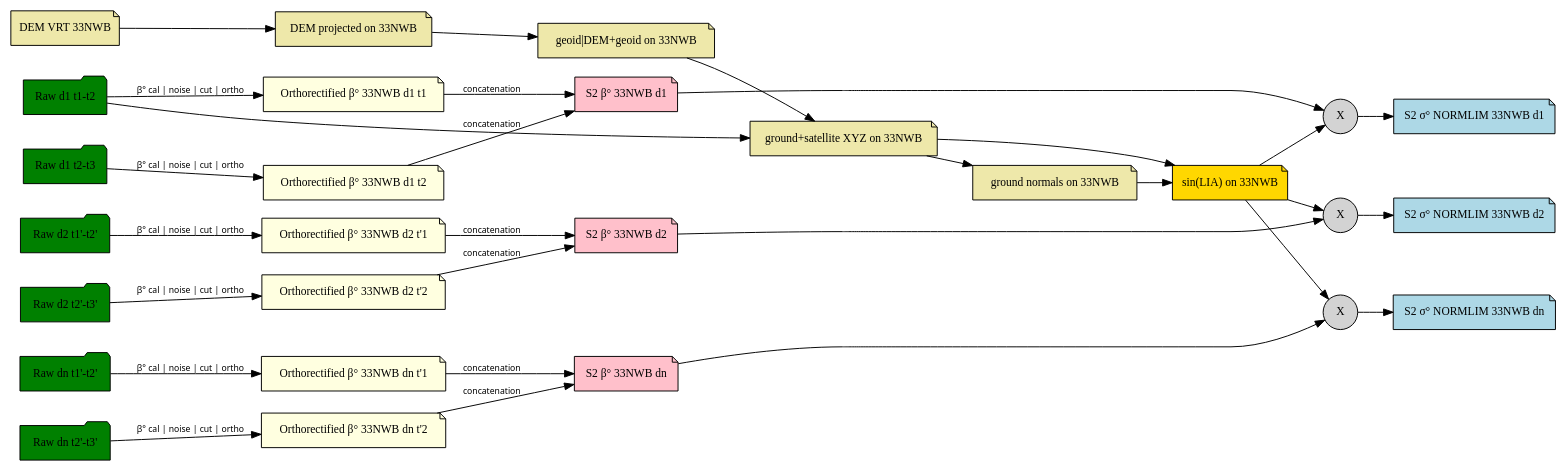
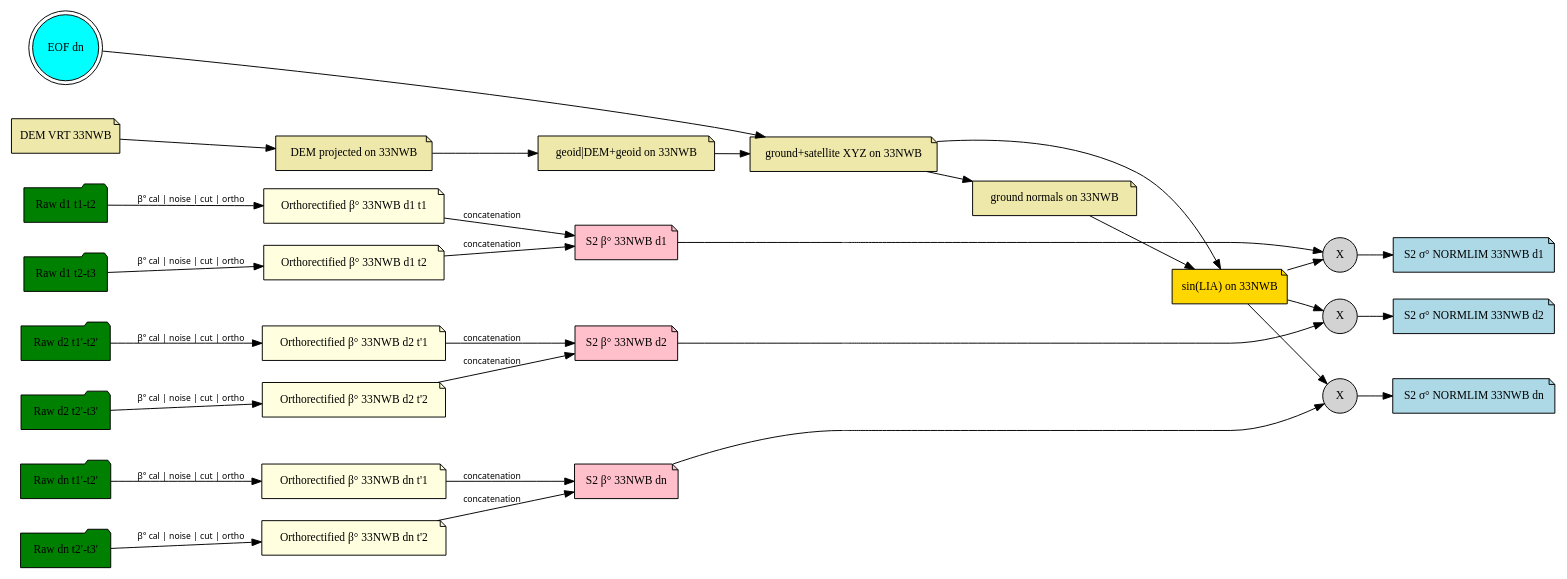
The first of 2 diagrams in docs/dataflow-normlim.rst (CNES/S1Tiling), drawn with Graphviz before and after one commit. The commit also changed other lines of this file and 6 other files, not shown here.

```diff
--- a/docs/dataflow-normlim.rst
+++ b/docs/dataflow-normlim.rst
@@ -96,6 +94,8 @@
 
          raw_dn_t1t2 [label="Raw dn t1'-t2'", href="files.html#inputs", shape="folder", fillcolor=green]
          raw_dn_t2t3 [label="Raw dn t2'-t3'", href="files.html#inputs", shape="folder", fillcolor=green]
+
+         eof_dx      [label="EOF dn",         href="files.html#eof",    shape="doublecircle", fillcolor=cyan]
 
          # =====[ Classic workflow
          # β° calibrated + orthorectified nodes
@@ -151,8 +151,8 @@
          vrt_nwb       -> DEM_on_S2;
          DEM_on_S2     -> heights_on_S2;
 
+         eof_dx        -> xyz_d1_t1;
          heights_on_S2 -> xyz_d1_t1;
-         raw_d1_t1t2   -> xyz_d1_t1;
          xyz_d1_t1     -> normals_on_S2;
          normals_on_S2 -> nwb_lia;
          xyz_d1_t1     -> nwb_lia;
@@ -171,9 +171,9 @@
          # =====[ Align
          {
              rank = same ;
-             vrt_nwb raw_d1_t1t2 raw_d1_t2t3 raw_d2_t1t2 raw_d2_t2t3 raw_dn_t1t2 raw_dn_t2t3
+             vrt_nwb raw_d1_t1t2 raw_d1_t2t3 raw_d2_t1t2 raw_d2_t2t3 raw_dn_t1t2 raw_dn_t2t3 eof_dx
              edge[ style=invis];
-             vrt_nwb -> raw_d1_t1t2 -> raw_d1_t2t3 -> raw_d2_t1t2 -> raw_d2_t2t3 -> raw_dn_t1t2 -> raw_dn_t2t3
+             eof_dx -> vrt_nwb -> raw_d1_t1t2 -> raw_d1_t2t3 -> raw_d2_t1t2 -> raw_d2_t2t3 -> raw_dn_t1t2 -> raw_dn_t2t3
 
          }
      }
```
